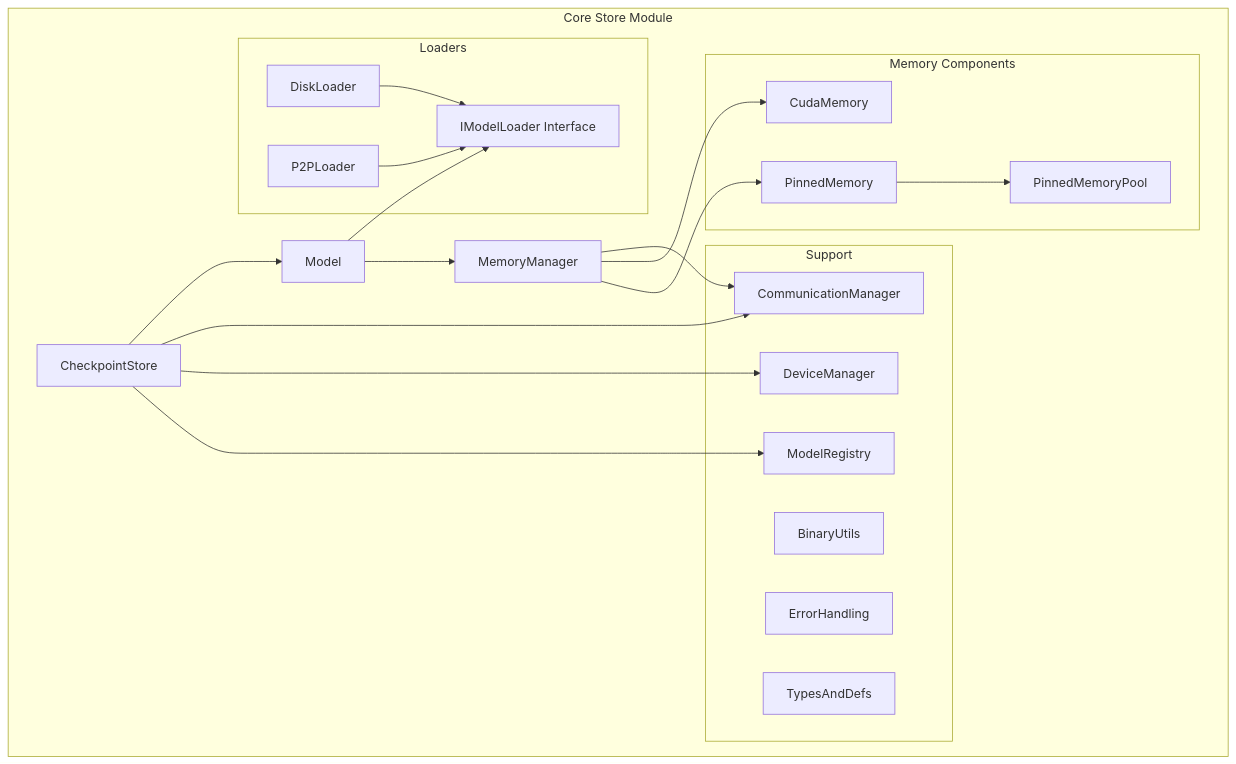
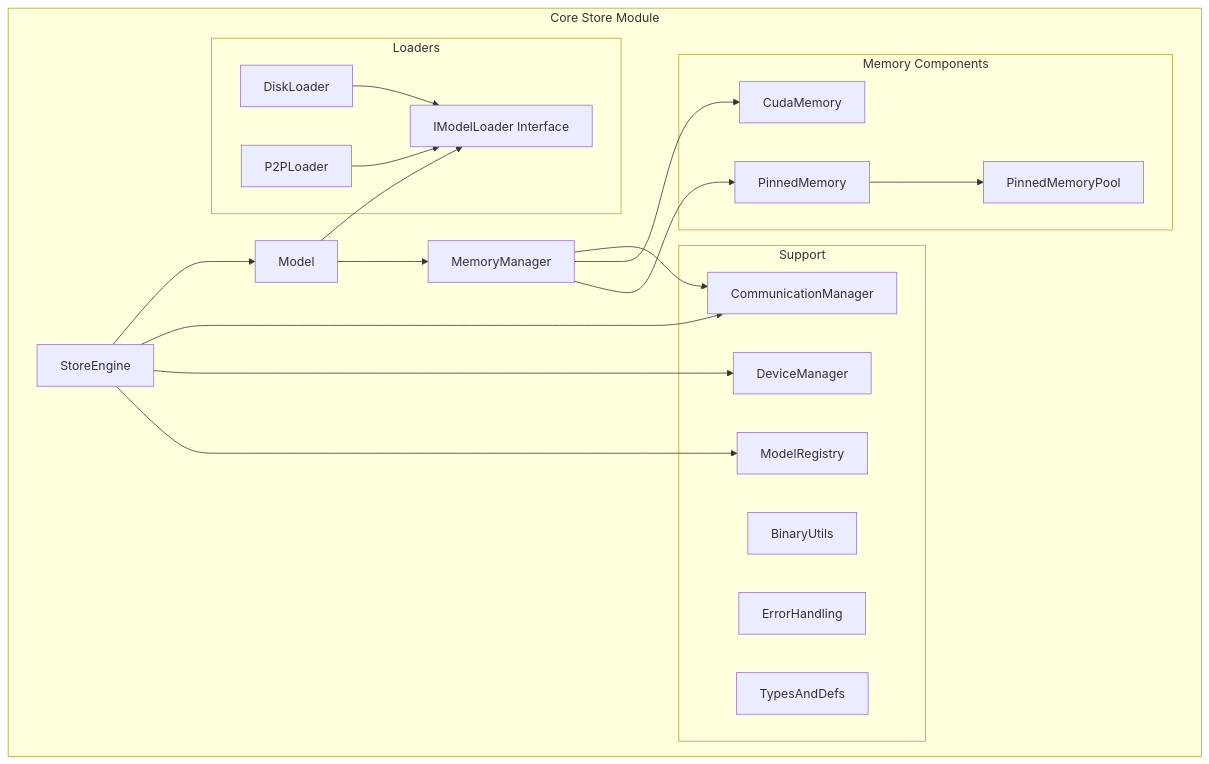
Before and after one commit to tensorcast-ai/tensorcast: the diagram in web-docs/docs/developer-guides/core/store/overview.md, drawn with Mermaid. The commit also changed other lines of this file and 54 other files, not shown here.

Commit message:
refactor: rename CheckpointStore to StoreEngine

````diff
--- a/web-docs/docs/developer-guides/core/store/overview.md
+++ b/web-docs/docs/developer-guides/core/store/overview.md
@@ -25,42 +25,42 @@
 ```mermaid
 graph TB
     subgraph "Core Store Module"
-        CS[CheckpointStore]
+        CS[StoreEngine]
         M[Model]
         MM[MemoryManager]
 
         subgraph "Loaders"
             DL[DiskLoader]
             RL[P2PLoader]
             IL[IModelLoader Interface]
         end
 
         subgraph "Memory Components"
             PM[PinnedMemory]
             CM[CudaMemory]
             PMP[PinnedMemoryPool]
         end
 
         subgraph "Support"
             MR[ModelRegistry]
             DM[DeviceManager]
             CMN[CommunicationManager]
             BU[BinaryUtils]
             EH[ErrorHandling]
             TD[TypesAndDefs]
         end
     end
 
     CS --> MR
     CS --> DM
     CS --> CMN
     CS --> M
     M --> MM
     M --> IL
     DL --> IL
     RL --> IL
     MM --> PM
     MM --> CM
     PM --> PMP
     MM --> CMN
 ```
````
